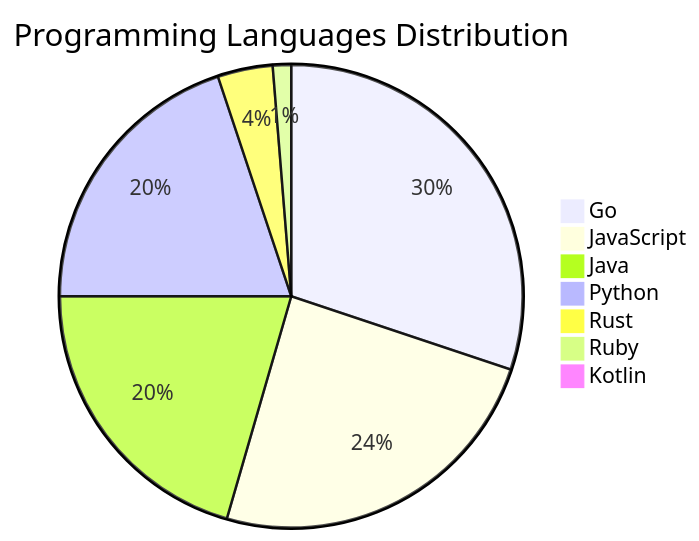
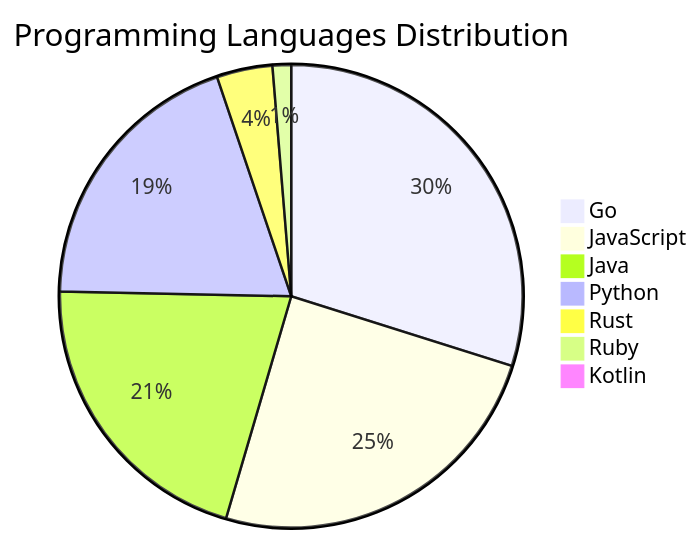
Before and after one commit to Derrick-MUGISHA/github-activity-bot: the diagram in README.md, drawn with Mermaid. The commit also changed other lines of this file and 4 other files, not shown here.

````diff
--- a/README.md
+++ b/README.md
@@ -207,10 +207,10 @@
 ```mermaid
 pie title Programming Languages Distribution
-    "Go" : 47
+    "Go" : 46
     "JavaScript" : 38
     "Java" : 32
-    "Python" : 31
+    "Python" : 30
     "Rust" : 6
     "Ruby" : 2
     "Kotlin" : 1
 ```
````
